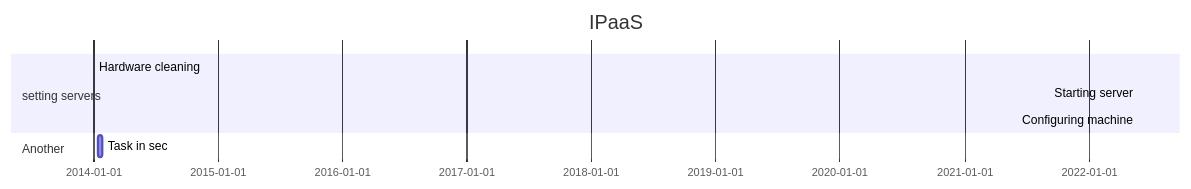
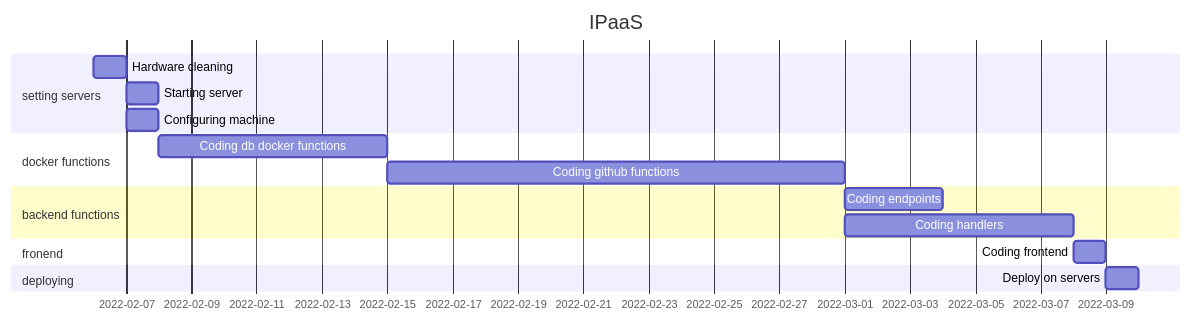
One commit to Vano2903/notebook changed the third of 3 diagrams in gep/ipaas.md. Above: the diagram before and after it, drawn with Mermaid.

Commit message:
added gantt

````diff
--- a/gep/ipaas.md
+++ b/gep/ipaas.md
@@ -48,11 +48,19 @@
 ```mermaid
 gantt
     title IPaaS
-    dateFormat  DD-MM-YY
+    dateFormat  DD-MM-YYYY
     section setting servers
-    Hardware cleaning   :done a1, 01-01-14, 1d
-    Starting server     :after a1 , 1d
-    Configuring machine :after a1, 1d
-    section Another
-    Task in sec      :14-01-14  , 12d
+    Hardware cleaning :done a1, 06-02-2022, 1d
+    Starting server : 07-02-2022  , 1d
+    Configuring machine :a2, 07-02-2022  , 1d
+    section docker functions
+    Coding db docker functions: a3, after a2, 7d
+    Coding github functions: a4, after a3, 14d
+    section backend functions
+    Coding endpoints: a5, after a4, 3d
+    Coding handlers: a6, after a4, 7d
+    section fronend
+    Coding frontend: a7, after a6, 1d
+    section deploying
+    Deploy on servers: a8, after a7, 1d
 ```
````
